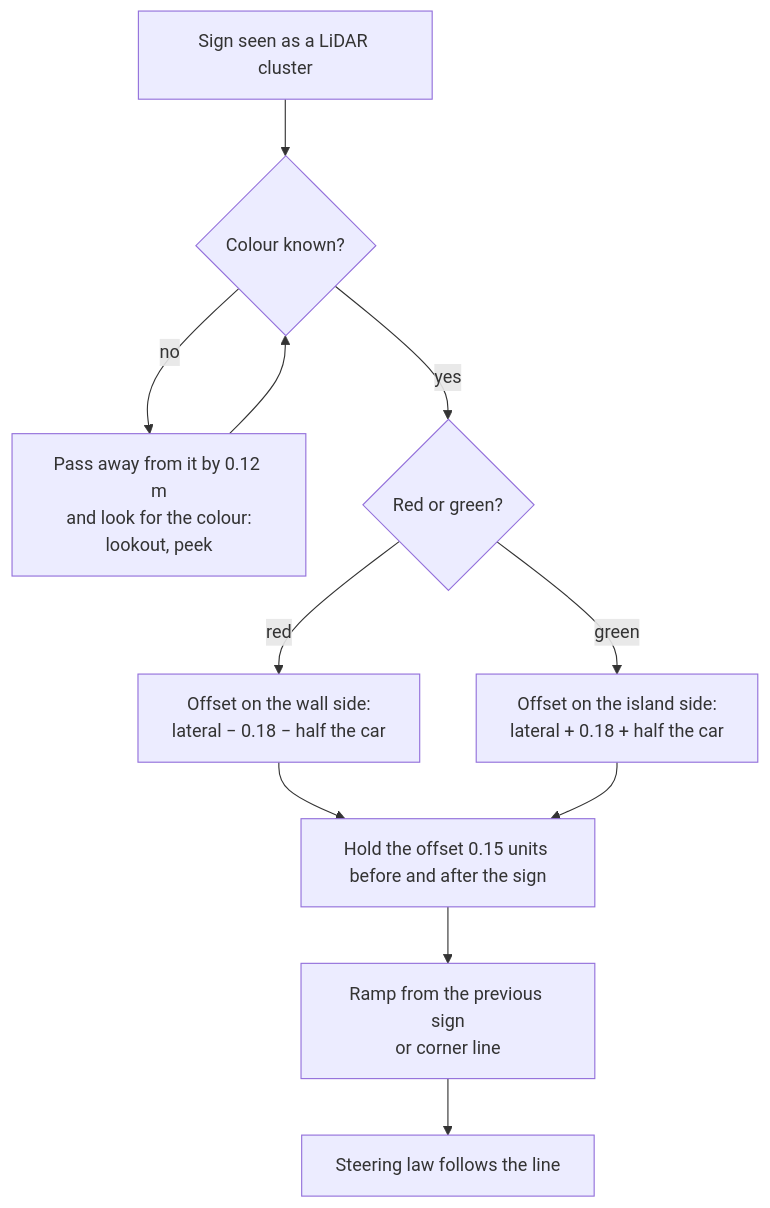
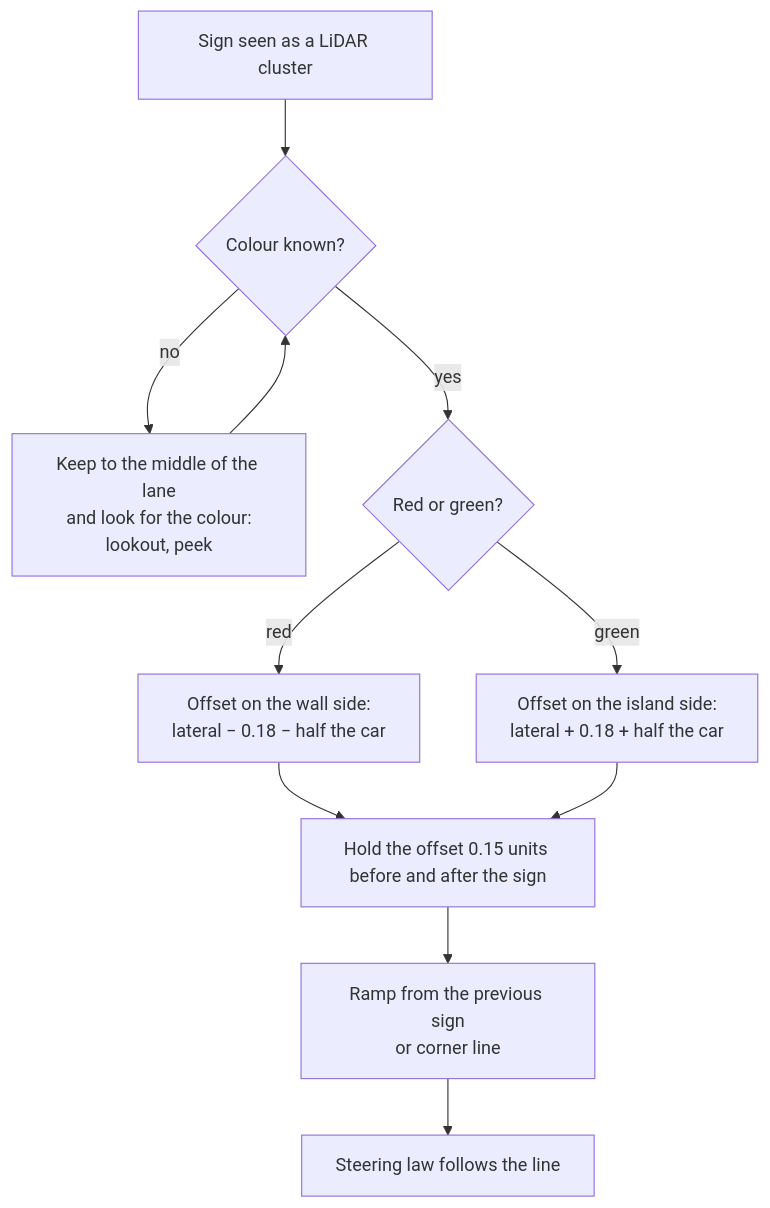
One commit to irdneea/Robotek-WRO2026-docs changed the fourth of 4 diagrams in docs/diagrams.md. Above: the diagram before and after it, drawn with Mermaid. The commit also changed 13 other files, not shown here.

````diff
--- a/docs/diagrams.md
+++ b/docs/diagrams.md
@@ -76,13 +76,13 @@
 ```mermaid
 flowchart TD
   A[Sign seen as a LiDAR cluster] --> B{Colour known?}
-  B -- no --> C[Pass away from it by 0.12 m<br/>and look for the colour:<br/>lookout, peek]
+  B -- no --> C[Keep to the middle of the lane<br/>and look for the colour:<br/>lookout, peek]
   C --> B
   B -- yes --> D{Red or green?}
   D -- red --> E[Offset on the wall side:<br/>lateral − 0.18 − half the car]
   D -- green --> F[Offset on the island side:<br/>lateral + 0.18 + half the car]
   E --> G[Hold the offset 0.15 units before and after the sign]
   F --> G
   G --> H[Ramp from the previous sign<br/>or corner line]
   H --> I[Steering law follows the line]
 ```
````
